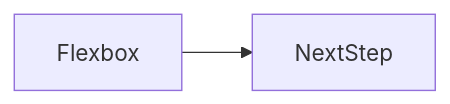
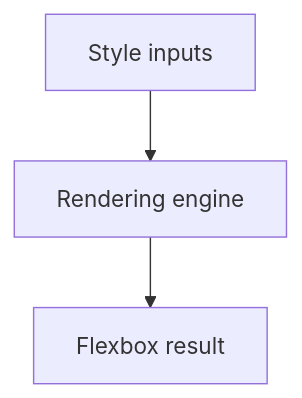
One commit to OmidJavaherii/Frontend-Engineering-Handbook changed the second of 2 diagrams in docs/en/05-css/flexbox/index.md. Above: the diagram before and after it, drawn with Mermaid. The commit also changed other lines of this file and 461 other files, not shown here.

````diff
--- a/docs/en/05-css/flexbox/index.md
+++ b/docs/en/05-css/flexbox/index.md
@@ -95,4 +109,5 @@
 ```mermaid
-flowchart LR
-  concept[Flexbox] --> nextStep[NextStep]
+flowchart TD
+  Input[Style inputs] --> Engine[Rendering engine]
+  Engine --> Out[Flexbox result]
 ```
````
